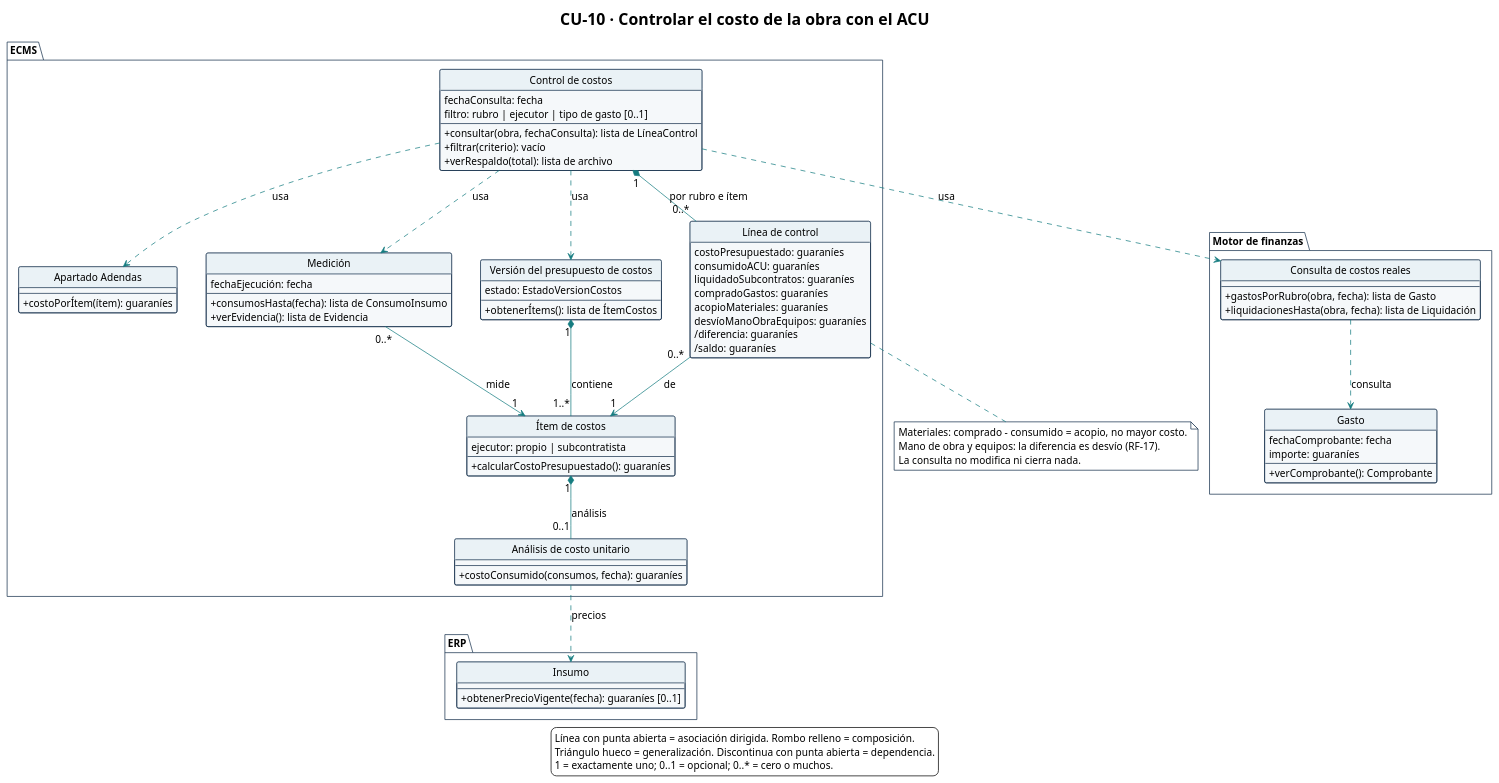
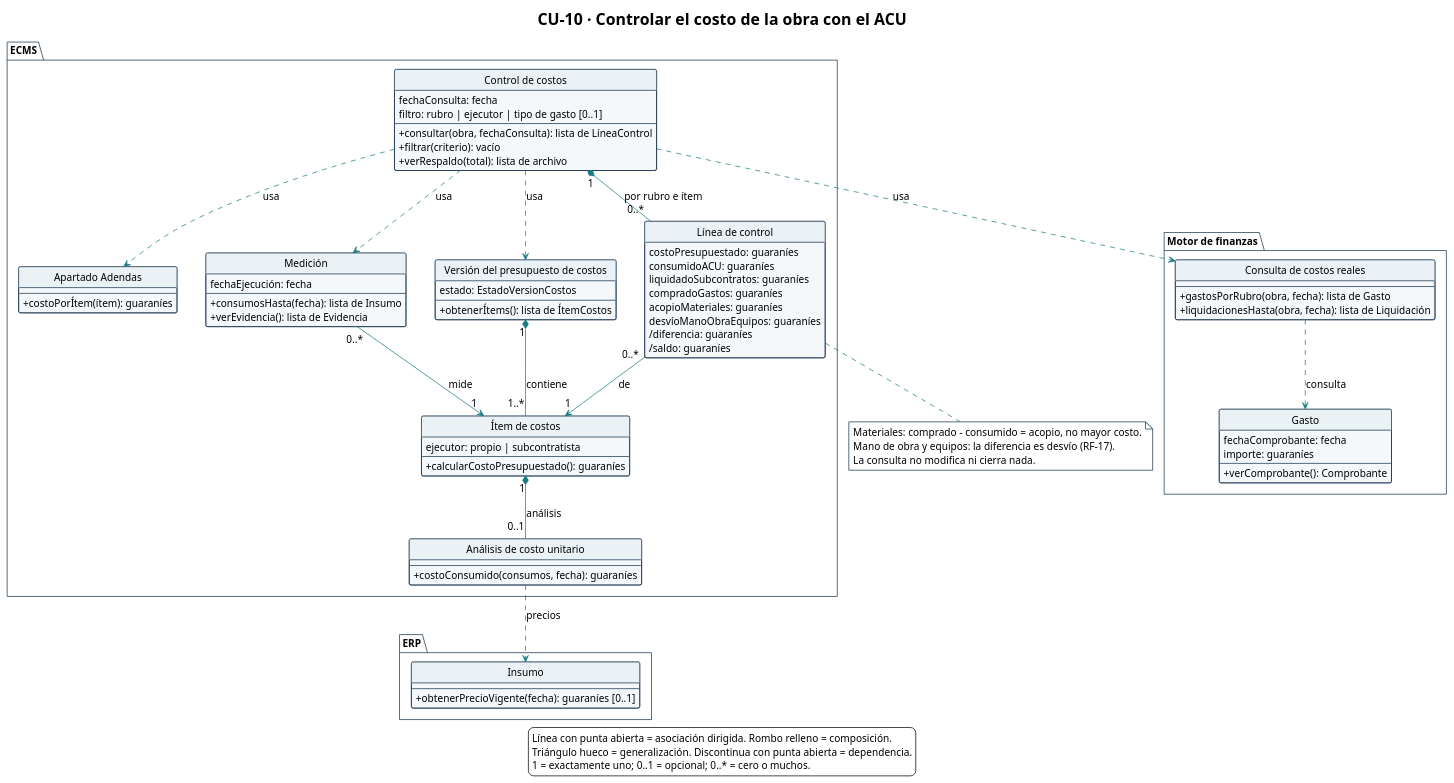
The diagram in diagramas/CU-10-clases.puml (Ssrrb/tpf-uca), drawn with PlantUML before and after one commit. The commit also changed 11 other files, not shown here.

```diff
--- a/diagramas/CU-10-clases.puml
+++ b/diagramas/CU-10-clases.puml
@@ -1,124 +1,124 @@
 @startuml
 !theme plain
 skinparam style strictuml
 title CU-10 · Controlar el costo de la obra con el ACU
 hide circle
 hide empty methods
 hide empty fields
 skinparam shadowing false
 skinparam classAttributeIconSize 0
 skinparam defaultFontName Arial
 skinparam defaultFontSize 14
 skinparam nodesep 40
 skinparam ranksep 50
 skinparam ArrowColor #167C80
 skinparam class {
   BackgroundColor #F5F8FA
   BorderColor #17324D
   HeaderBackgroundColor #EAF2F6
 }
 skinparam package {
   BackgroundColor #FFFFFF
   BorderColor #17324D
 }
 skinparam note {
   BackgroundColor #FFFFFF
   BorderColor #17324D
 }
 package "ECMS" {
   class "Control de costos" as ControlCostos {
     fechaConsulta: fecha
     filtro: rubro | ejecutor | tipo de gasto [0..1]
     --
     + consultar(obra, fechaConsulta): lista de LíneaControl
     + filtrar(criterio): vacío
     + verRespaldo(total): lista de archivo
   }
 
   class "Línea de control" as LineaControl {
     costoPresupuestado: guaraníes
     consumidoACU: guaraníes
     liquidadoSubcontratos: guaraníes
     compradoGastos: guaraníes
     acopioMateriales: guaraníes
     desvíoManoObraEquipos: guaraníes
     /diferencia: guaraníes
     /saldo: guaraníes
   }
 
   class "Versión del presupuesto de costos" as VersionCostos {
     estado: EstadoVersionCostos
     --
     + obtenerÍtems(): lista de ÍtemCostos
   }
 
   class "Apartado Adendas" as ApartadoAdendas {
     --
     + costoPorÍtem(ítem): guaraníes
   }
 
   class "Ítem de costos" as ItemCostos {
     ejecutor: propio | subcontratista
     --
     + calcularCostoPresupuestado(): guaraníes
   }
 
   class "Análisis de costo unitario" as ACU {
     --
     + costoConsumido(consumos, fecha): guaraníes
   }
 
   class "Medición" as Medicion {
     fechaEjecución: fecha
     --
-    + consumosHasta(fecha): lista de ConsumoInsumo
+    + consumosHasta(fecha): lista de Insumo
     + verEvidencia(): lista de Evidencia
   }
 }
 
 package "Motor de finanzas" {
   class "Consulta de costos reales" as CostosReales {
     --
     + gastosPorRubro(obra, fecha): lista de Gasto
     + liquidacionesHasta(obra, fecha): lista de Liquidación
   }
 
   class Gasto {
     fechaComprobante: fecha
     importe: guaraníes
     --
     + verComprobante(): Comprobante
   }
 }
 
 package "ERP" {
   class Insumo {
     --
     + obtenerPrecioVigente(fecha): guaraníes [0..1]
   }
 }
 
 ControlCostos "1" *-- "0..*" LineaControl : por rubro e ítem
 ControlCostos ..> VersionCostos : usa
 ControlCostos ..> ApartadoAdendas : usa
 ControlCostos ..> Medicion : usa
 ControlCostos ..> CostosReales : usa
 VersionCostos "1" *-- "1..*" ItemCostos : contiene
 ItemCostos "1" *-- "0..1" ACU : análisis
 Medicion "0..*" --> "1" ItemCostos : mide
 ACU ..> Insumo : precios
 CostosReales ..> Gasto : consulta
 LineaControl "0..*" --> "1" ItemCostos : de
 
 note bottom of LineaControl
   Materiales: comprado - consumido = acopio, no mayor costo.
   Mano de obra y equipos: la diferencia es desvío (RF-17).
   La consulta no modifica ni cierra nada.
 end note
 
 legend bottom
   Línea con punta abierta = asociación dirigida. Rombo relleno = composición.
   Triángulo hueco = generalización. Discontinua con punta abierta = dependencia.
   1 = exactamente uno; 0..1 = opcional; 0..* = cero o muchos.
 endlegend
 @enduml
```
